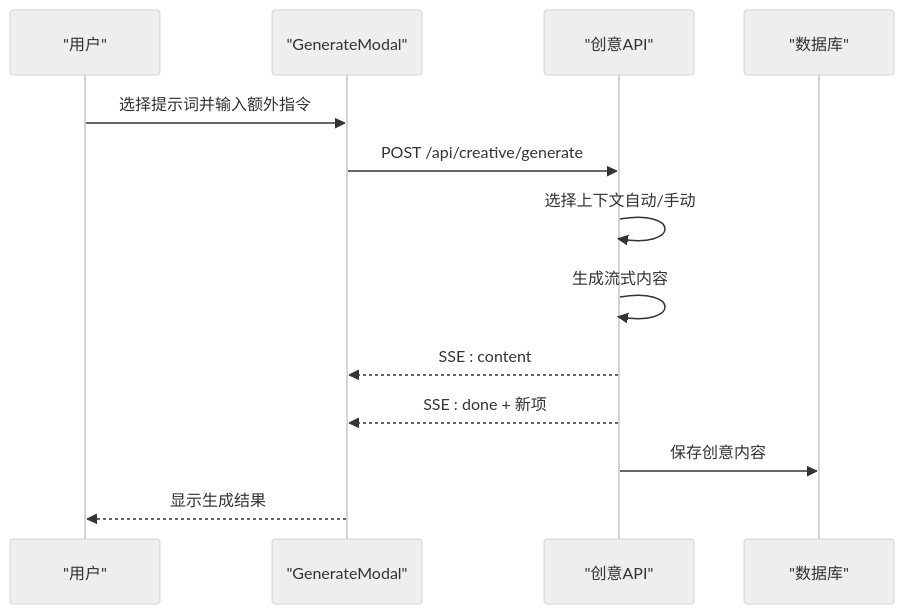
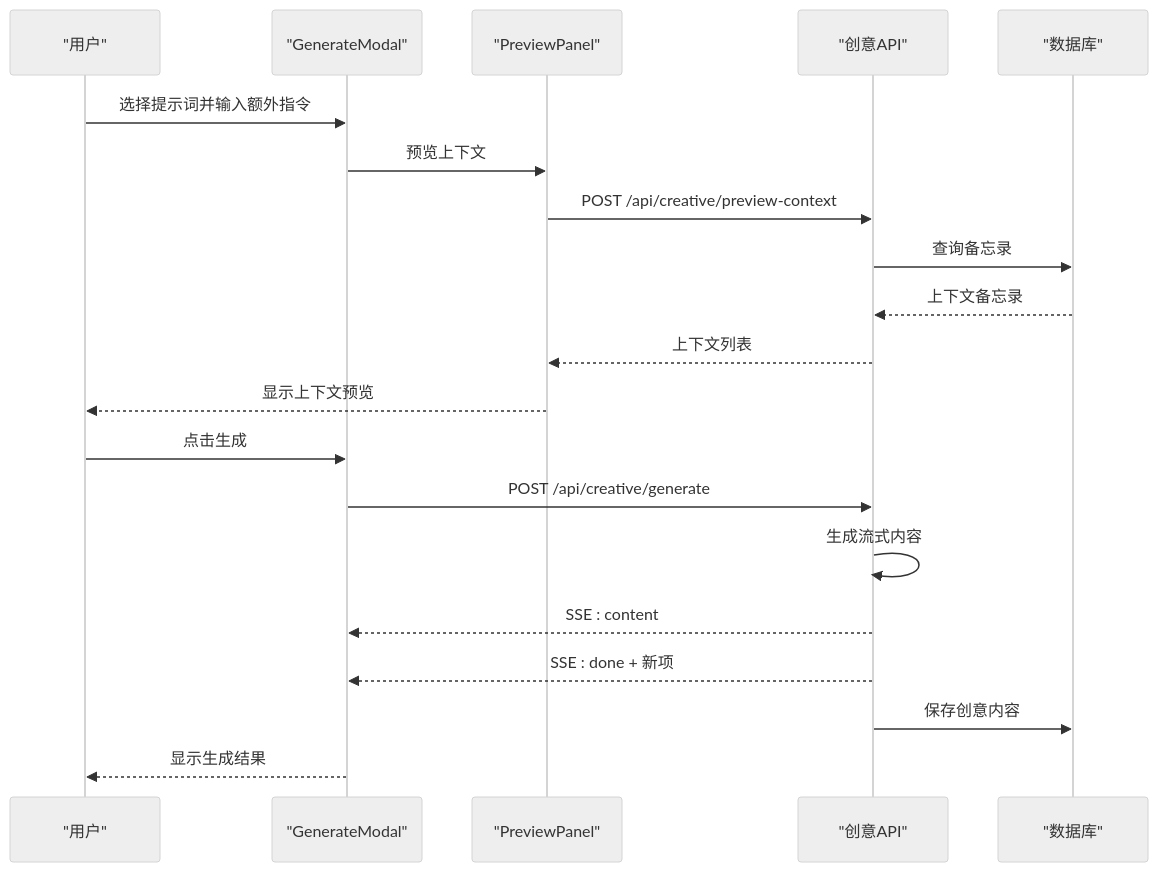
One commit to BlackBoxRecorder/memos changed the fifth of 6 diagrams in .qoder/repowiki/zh/content/核心功能/管理后台系统.md. Above: the diagram before and after it, drawn with Mermaid (neutral theme). The commit also changed other lines of this file and 7 other files, not shown here.

````diff
--- a/.qoder/repowiki/zh/content/核心功能/管理后台系统.md
+++ b/.qoder/repowiki/zh/content/核心功能/管理后台系统.md
@@ -288,15 +298,22 @@
 ```mermaid
 sequenceDiagram
 participant User as "用户"
 participant Modal as "GenerateModal"
+participant Preview as "PreviewPanel"
 participant API as "创意API"
 participant DB as "数据库"
 User->>Modal : 选择提示词并输入额外指令
+Modal->>Preview : 预览上下文
+Preview->>API : POST /api/creative/preview-context
+API->>DB : 查询备忘录
+DB-->>API : 上下文备忘录
+API-->>Preview : 上下文列表
+Preview-->>User : 显示上下文预览
+User->>Modal : 点击生成
 Modal->>API : POST /api/creative/generate
-API->>API : 选择上下文自动/手动
 API->>API : 生成流式内容
 API-->>Modal : SSE : content
 API-->>Modal : SSE : done + 新项
 API->>DB : 保存创意内容
 Modal-->>User : 显示生成结果
 ```
````
